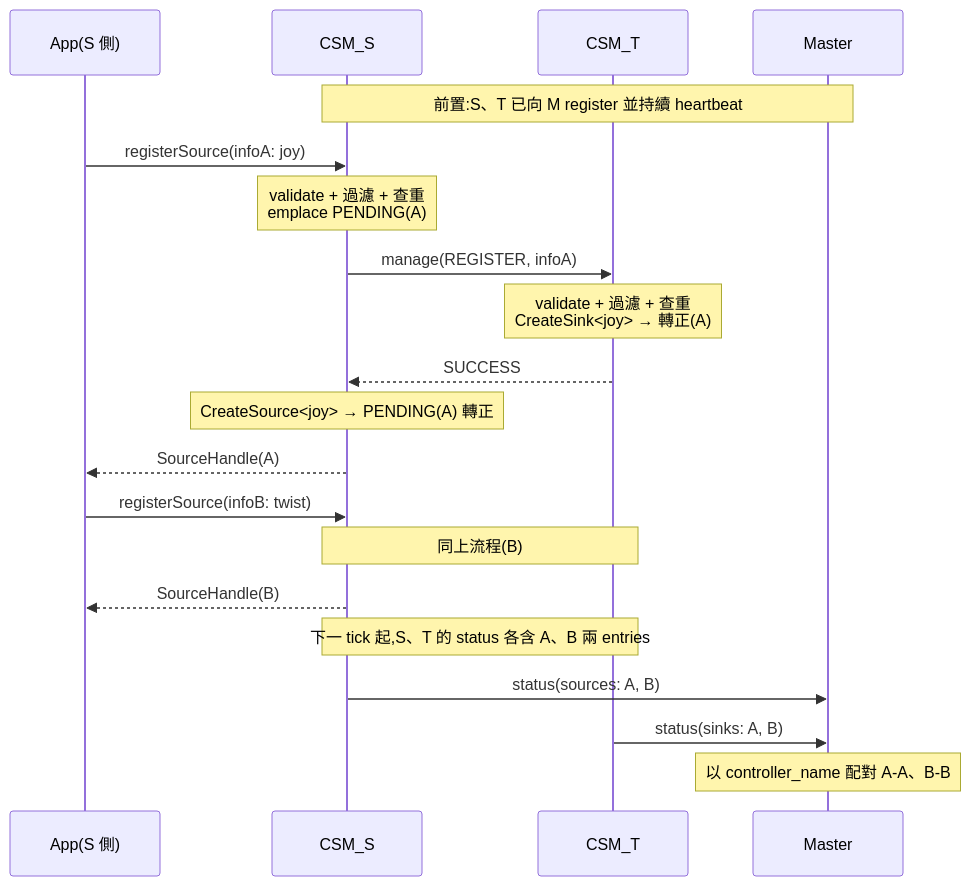
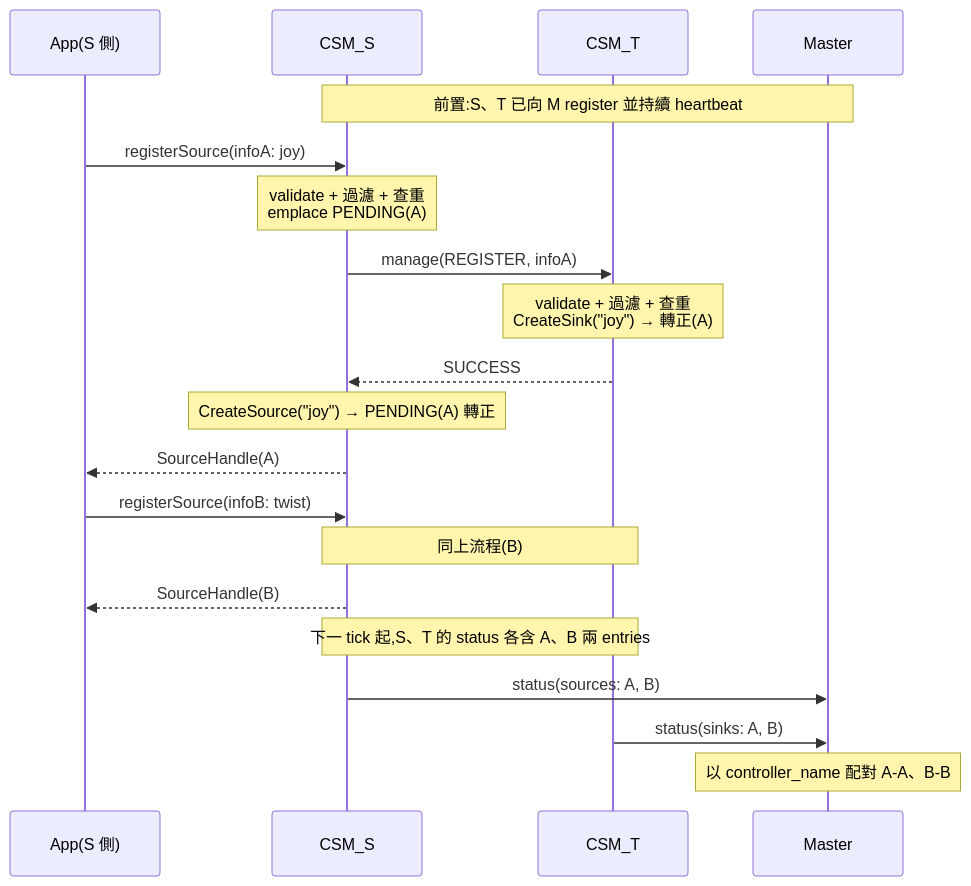
The seventh of 42 diagrams in r1_design_draft.md (cocobird231/rv2_project), drawn with Mermaid before and after one commit. The commit also changed other lines of this file, not shown here.

````diff
--- a/r1_design_draft.md
+++ b/r1_design_draft.md
@@ -1395,25 +1463,25 @@
 ```mermaid
 sequenceDiagram
     participant App as App(S 側)
     participant S as CSM_S
     participant T as CSM_T
     participant M as Master
 
     Note over S,M: 前置:S、T 已向 M register 並持續 heartbeat
     App->>S: registerSource(infoA: joy)
     Note over S: validate + 過濾 + 查重<br/>emplace PENDING(A)
     S->>T: manage(REGISTER, infoA)
-    Note over T: validate + 過濾 + 查重<br/>CreateSink<joy> → 轉正(A)
+    Note over T: validate + 過濾 + 查重<br/>CreateSink("joy") → 轉正(A)
     T-->>S: SUCCESS
-    Note over S: CreateSource<joy> → PENDING(A) 轉正
+    Note over S: CreateSource("joy") → PENDING(A) 轉正
     S-->>App: SourceHandle(A)
 
     App->>S: registerSource(infoB: twist)
     Note over S,T: 同上流程(B)
     S-->>App: SourceHandle(B)
 
     Note over S,T: 下一 tick 起,S、T 的 status 各含 A、B 兩 entries
     S->>M: status(sources: A, B)
     T->>M: status(sinks: A, B)
     Note over M: 以 controller_name 配對 A-A、B-B
 ```
````
